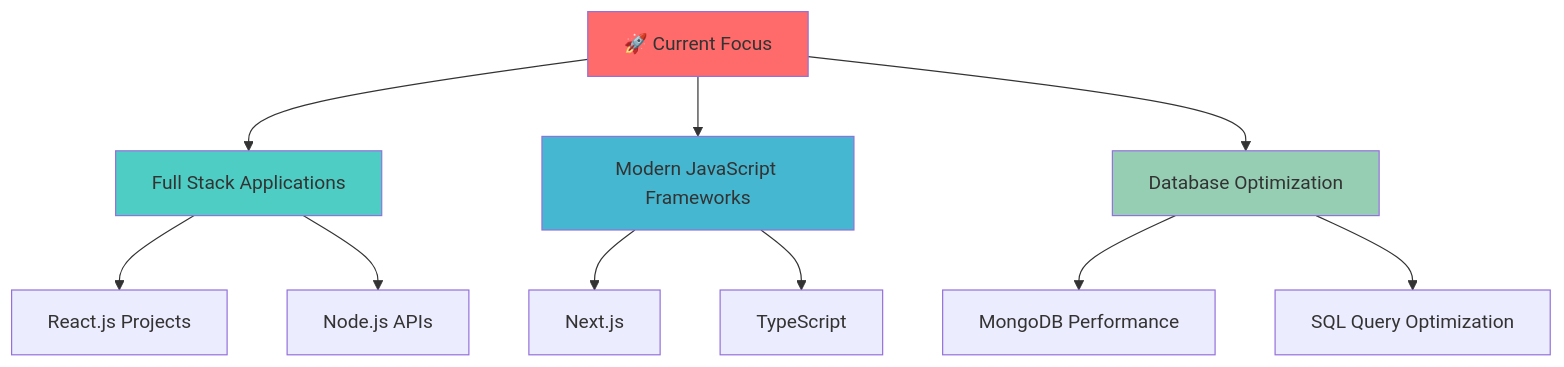
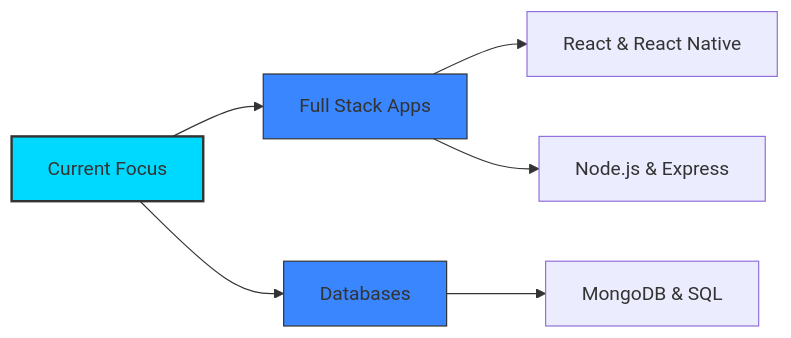
One commit to Chiranth-Janardhan-moger/Chiranth-Janardhan-moger changed the diagram in README.md. Above: the diagram before and after it, drawn with Mermaid. The commit also changed other lines of this file, not shown here.

````diff
--- a/README.md
+++ b/README.md
@@ -249,20 +54,12 @@
 ```mermaid
-graph TD
-    A[🚀 Current Focus] --> B[Full Stack Applications]
-    A --> C[Modern JavaScript Frameworks]
-    A --> D[Database Optimization]
+graph LR
+    A[Current Focus] --> B[Full Stack Apps]
+    A --> C[Databases]
+    B --> D[React & React Native]
+    B --> E[Node.js & Express]
+    C --> F[MongoDB & SQL]
     
-    B --> E[React.js Projects]
-    B --> F[Node.js APIs]
-    
-    C --> G[Next.js]
-    C --> H[TypeScript]
-    
-    D --> I[MongoDB Performance]
-    D --> J[SQL Query Optimization]
-    
-    style A fill:#ff6b6b
-    style B fill:#4ecdc4
-    style C fill:#45b7d1
-    style D fill:#96ceb4
+    style A fill:#00d9ff,stroke:#333,stroke-width:2px
+    style B fill:#3a86ff,stroke:#333,stroke-width:1px
+    style C fill:#3a86ff,stroke:#333,stroke-width:1px
 ```
````
